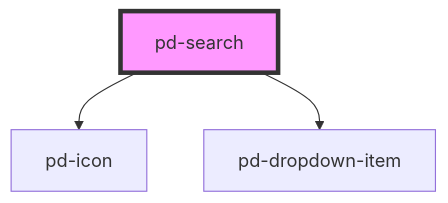
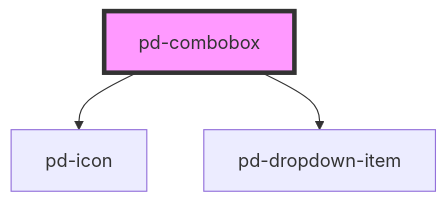
The diagram in src/components/pd-combobox/readme.md (Lambda-IT/parlamentsdienste-components), drawn with Mermaid before and after one commit. The commit also changed other lines of this file and 3 other files, not shown here.

````diff
--- a/src/components/pd-combobox/readme.md
+++ b/src/components/pd-combobox/readme.md
@@ -91,6 +96,6 @@
 ```mermaid
 graph TD;
-  pd-search --> pd-icon
-  pd-search --> pd-dropdown-item
-  style pd-search fill:#f9f,stroke:#333,stroke-width:4px
+  pd-combobox --> pd-icon
+  pd-combobox --> pd-dropdown-item
+  style pd-combobox fill:#f9f,stroke:#333,stroke-width:4px
 ```
````
